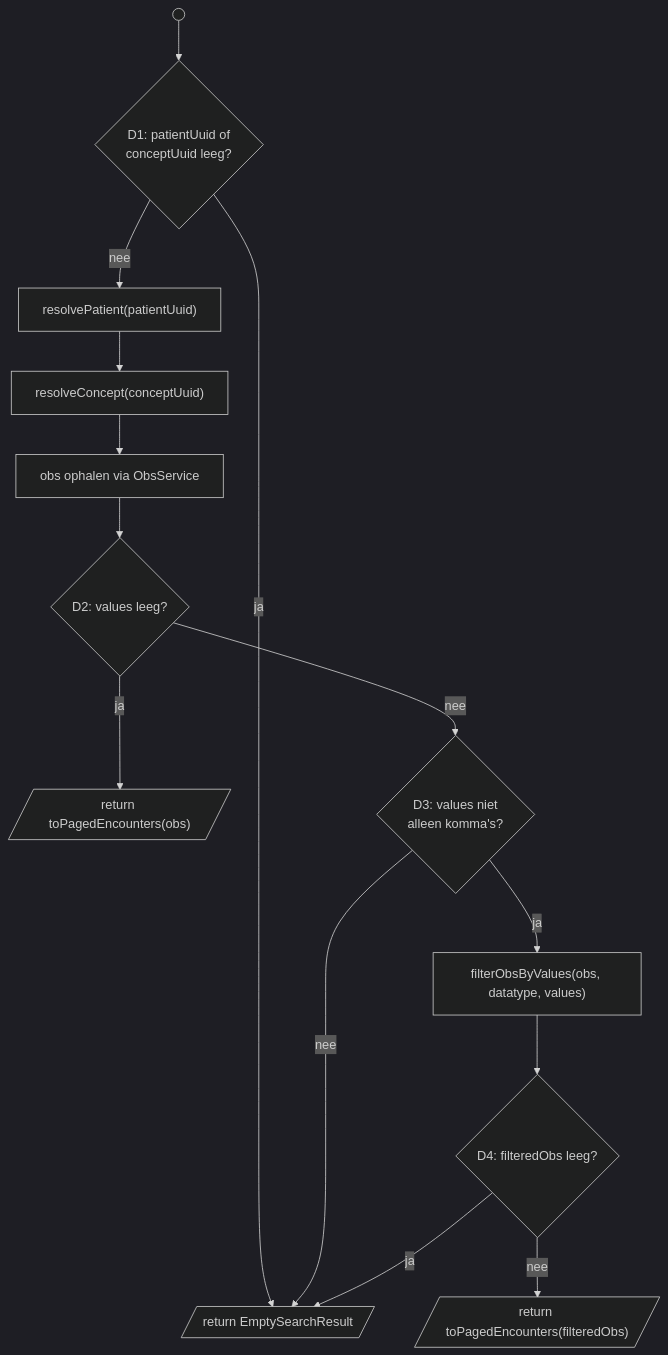
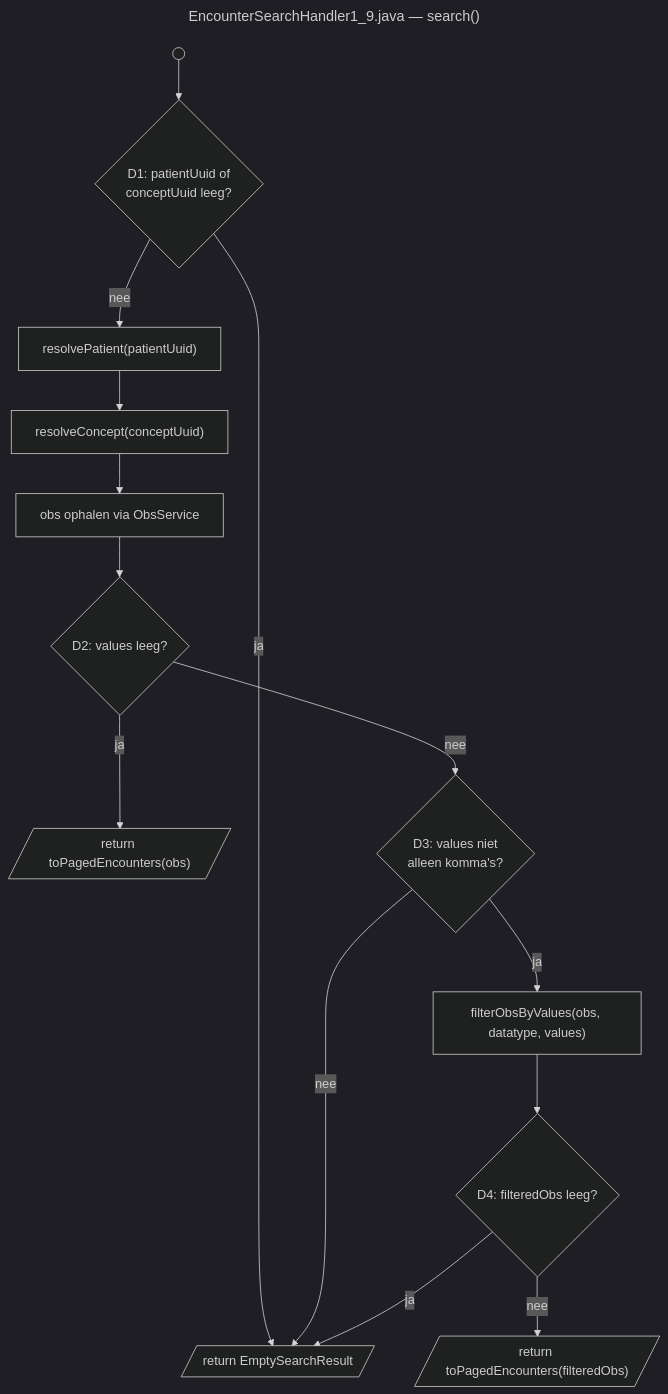
Before and after one commit to GrannyGuard/webservices-rest-audit: the second of 3 diagrams in docs/onderhoudbaarheid/05-realisatie-poc/05.md, drawn with Mermaid (dark theme). The commit also changed other lines of this file, not shown here.

Commit message:
added titling to mermaid charts in 05

````diff
--- a/docs/onderhoudbaarheid/05-realisatie-poc/05.md
+++ b/docs/onderhoudbaarheid/05-realisatie-poc/05.md
@@ -112,16 +115,19 @@
 ```mermaid
+---
+title: "EncounterSearchHandler1_9.java — search()"
+---
 flowchart TD
     START(( )) --> D1{"D1: patientUuid of<br/>conceptUuid leeg?"}
     D1 -->|"ja"| RE[/"return EmptySearchResult"/]
     D1 -->|"nee"| RP["resolvePatient(patientUuid)"]
     RP --> RC["resolveConcept(conceptUuid)"]
     RC --> OBS["obs ophalen via ObsService"]
     OBS --> D2{"D2: values leeg?"}
     D2 -->|"ja"| RNP1[/"return toPagedEncounters(obs)"/]
     D2 -->|"nee"| D3{"D3: values niet<br/>alleen komma's?"}
     D3 -->|"nee"| RE
     D3 -->|"ja"| FILTER["filterObsByValues(obs, datatype, values)"]
     FILTER --> D4{"D4: filteredObs leeg?"}
     D4 -->|"nee"| RNP2[/"return toPagedEncounters(filteredObs)"/]
     D4 -->|"ja"| RE
 ```
````
